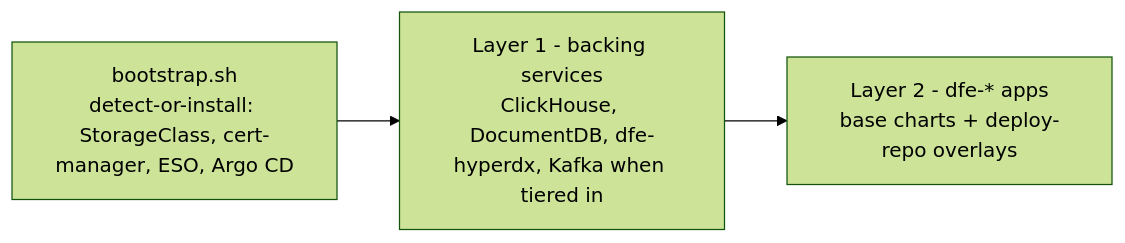
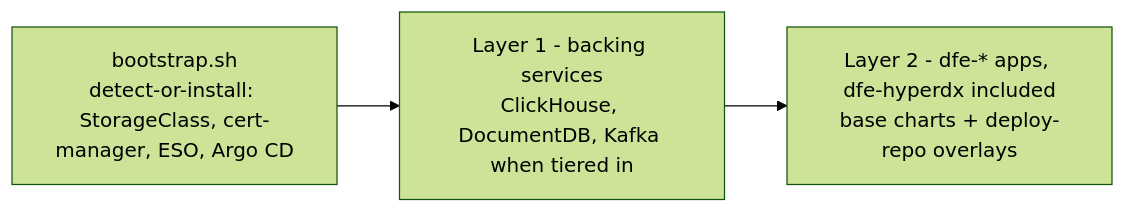
One commit to hyperi-io/dfe-infra changed the diagram in docs/deployment/README.md. Above: the diagram before and after it, drawn with Mermaid (forest theme). The commit also changed other lines of this file and 37 other files, not shown here.

````diff
--- a/docs/deployment/README.md
+++ b/docs/deployment/README.md
@@ -9,5 +9,5 @@
 ```mermaid
 flowchart LR
-    B[bootstrap.sh<br/>detect-or-install: StorageClass, cert-manager, ESO, Argo CD] --> L1[Layer 1 - backing services<br/>ClickHouse, DocumentDB, dfe-hyperdx, Kafka when tiered in]
-    L1 --> L2[Layer 2 - dfe-* apps<br/>base charts + deploy-repo overlays]
+    B[bootstrap.sh<br/>detect-or-install: StorageClass, cert-manager, ESO, Argo CD] --> L1[Layer 1 - backing services<br/>ClickHouse, DocumentDB, Kafka when tiered in]
+    L1 --> L2[Layer 2 - dfe-* apps, dfe-hyperdx included<br/>base charts + deploy-repo overlays]
 ```
````
